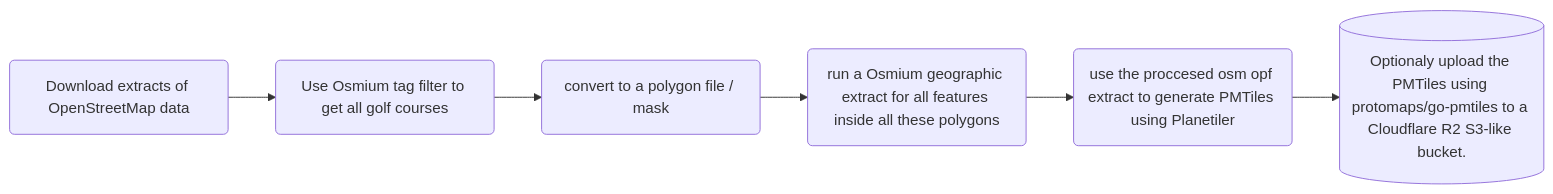
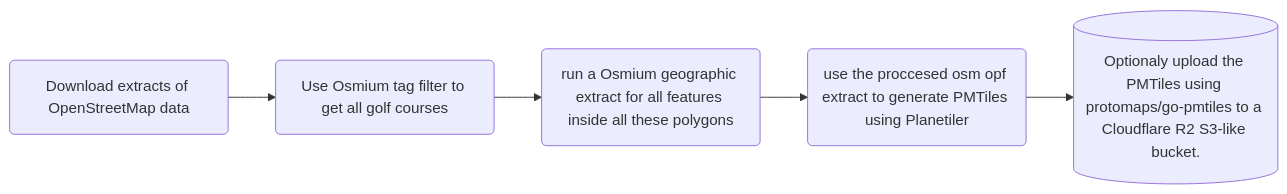
The diagram in README.md (HuggeK/golfTiles), drawn with Mermaid before and after one commit.

Commit message:
Updated README with updated plan.

````diff
--- a/README.md
+++ b/README.md
@@ -38,4 +38,10 @@
 ```mermaid
 flowchart LR
-   download(Download extracts of OpenStreetMap data) --> tagfilter(Use Osmium tag filter to get all golf courses) --> convertToPolygonMask(convert to a polygon file / mask) --> osmiumGeographicExtract(run a Osmium geographic extract for all features inside all these polygons) --> Planetiler(use the proccesed osm opf extract to generate PMTiles using Planetiler) --> upload[(Optionaly upload the PMTiles using protomaps/go-pmtiles to a Cloudflare R2 S3-like bucket.)]
+   download(Download extracts of OpenStreetMap data) --> tagfilter(Use Osmium tag filter to get all golf courses)  --> osmiumGeographicExtract(run a Osmium geographic extract for all features inside all these polygons) --> Planetiler(use the proccesed osm opf extract to generate PMTiles using Planetiler) --> upload[(Optionaly upload the PMTiles using protomaps/go-pmtiles to a Cloudflare R2 S3-like bucket.)]
+click download "https://switch2osm.org/serving-tiles/#System-requirements"
+click tagfilter "https://docs.osmcode.org/osmium/latest/osmium-tags-filter.html"
+click osmiumGeographicExtract "https://docs.osmcode.org/osmium/latest/osmium-extract.html"
+click Planetiler "https://github.com/openmaptiles/openmaptiles"
+click upload "https://docs.protomaps.com/pmtiles/cloud-storage"
+
 ```
````
